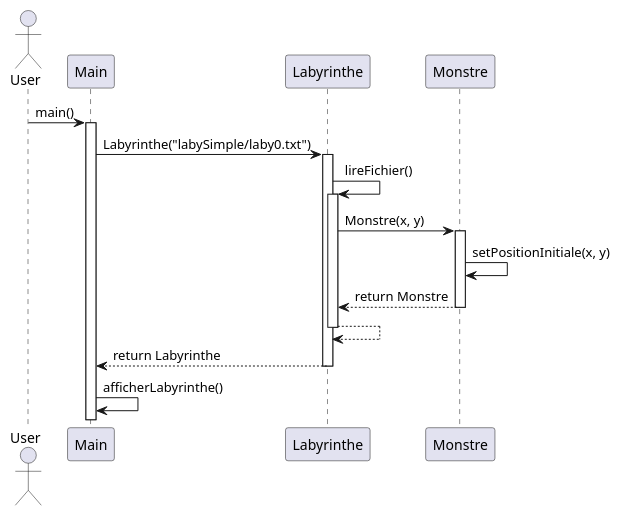
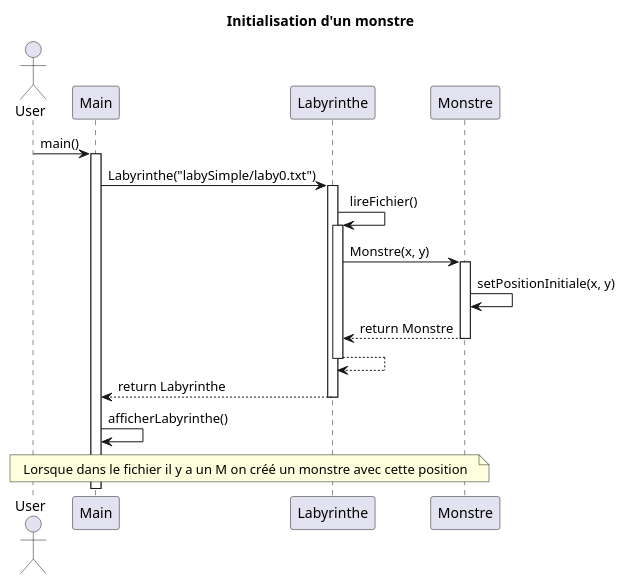
One commit to LukaSalvo/SAE2024 changed the diagram in zeldiablo/documents/version_2/diagseq_PosMonstre.puml. Above: the diagram before and after it, drawn with PlantUML. The commit also changed 6 other files, not shown here.

```diff
--- a/zeldiablo/documents/version_2/diagseq_PosMonstre.puml
+++ b/zeldiablo/documents/version_2/diagseq_PosMonstre.puml
@@ -1,23 +1,26 @@
 @startuml
 actor User
 participant Main
 participant Labyrinthe
 participant Monstre
-
+title: Initialisation d'un monstre
 User -> Main: main()
 activate Main
 Main -> Labyrinthe: Labyrinthe("labySimple/laby0.txt")
 activate Labyrinthe
 Labyrinthe -> Labyrinthe: lireFichier()
 activate Labyrinthe
 Labyrinthe -> Monstre: Monstre(x, y)
 activate Monstre
 Monstre -> Monstre: setPositionInitiale(x, y)
 Monstre --> Labyrinthe: return Monstre
 deactivate Monstre
 Labyrinthe--> Labyrinthe
 deactivate Labyrinthe
 Labyrinthe --> Main: return Labyrinthe
 deactivate Labyrinthe
 Main -> Main: afficherLabyrinthe()
+note across
+Lorsque dans le fichier il y a un M on créé un monstre avec cette position
+end note
 @enduml
```
